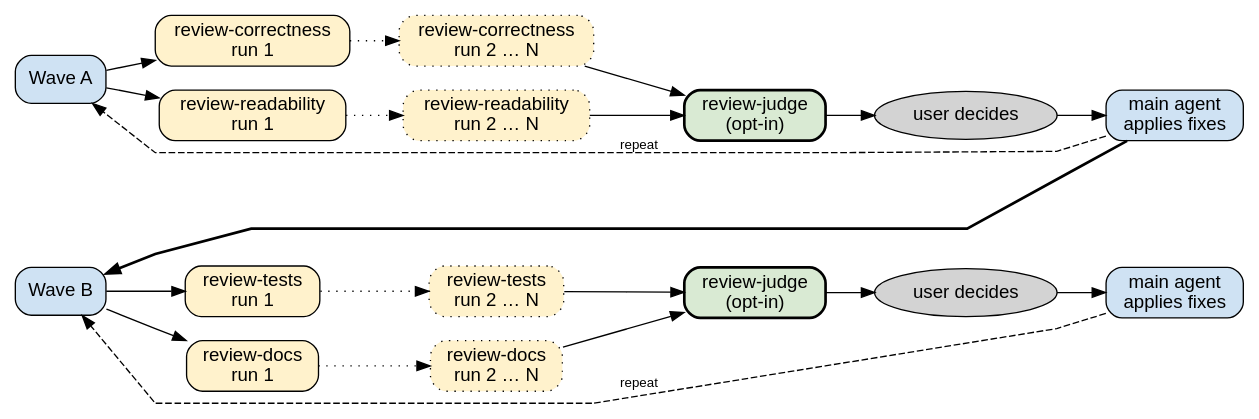
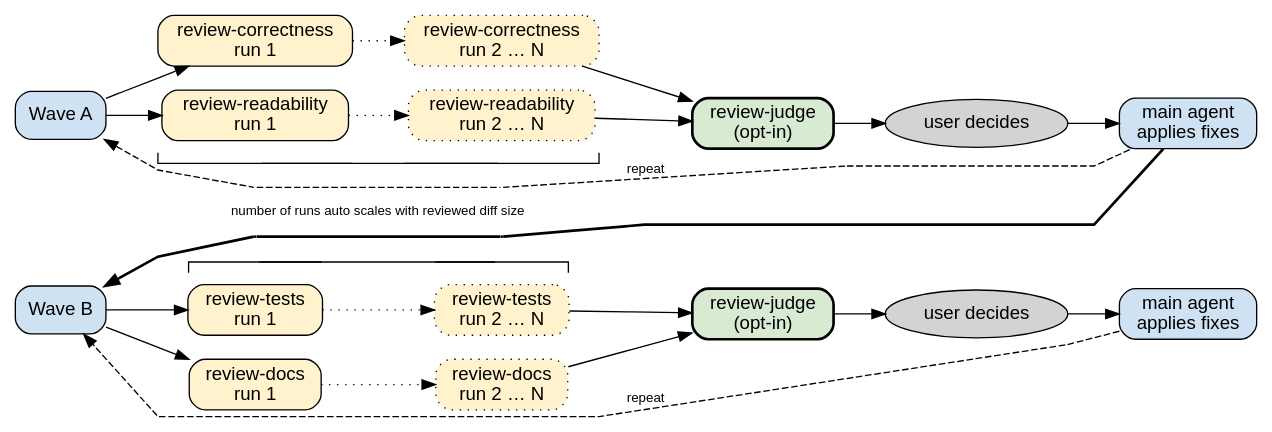
One commit to desbma/agent-skills changed the diagram in docs/review-auto-loop.dot. Above: the diagram before and after it, drawn with Graphviz. The commit also changed 1 other file, not shown here.

Commit message:
doc: update review-auto-loop schema

```diff
--- a/docs/review-auto-loop.dot
+++ b/docs/review-auto-loop.dot
@@ -1,63 +1,116 @@
 digraph review_workflow {
     rankdir=LR
     splines=polyline
+    // Ranks doubled through minlen, leaving a free rank between run columns for the note
+    ranksep=0.25
+    // Halved, so the column ordering edges space boxes as usual and hug brackets to their row
+    nodesep=0.125
     node [shape=box, style="rounded,filled", fontname="Helvetica"]
-    edge [fontname="Helvetica", fontsize=10]
+    edge [fontname="Helvetica", fontsize=10, minlen=2]
 
     // Main agent
     node [fillcolor="#cfe2f3"]
     wave_a [label="Wave A"]
     wave_b [label="Wave B"]
     apply_a [group=a, label="main agent\napplies fixes"]
     apply_b [group=b, label="main agent\napplies fixes"]
 
     // Reviewers
     node [fillcolor="#fff2cc"]
     correctness [label="review-correctness\nrun 1"]
     readability [label="review-readability\nrun 1"]
     tests [label="review-tests\nrun 1"]
     docs [label="review-docs\nrun 1"]
     node [style="rounded,filled,dotted"]
     correctness_n [label="review-correctness\nrun 2 … N"]
     readability_n [label="review-readability\nrun 2 … N"]
     tests_n [label="review-tests\nrun 2 … N"]
     docs_n [label="review-docs\nrun 2 … N"]
 
     // Judge
     node [style="rounded,filled,bold", fillcolor="#d9ead3"]
     judge_a [group=a, label="review-judge\n(opt-in)"]
     judge_b [group=b, label="review-judge\n(opt-in)"]
 
     // User
     node [shape=ellipse, style=filled, fillcolor=lightgrey]
     user_a [group=a, label="user decides"]
     user_b [group=b, label="user decides"]
 
+    // Brackets spanning the reviewer boxes of each row, one half per run column, widths matching the row's widest box
+    node [shape=plain, style=""]
+    bracket_a1 [label=<<table border="0" cellborder="1" cellspacing="0"><tr><td sides="LB" width="146" height="8"></td></tr></table>>]
+    bracket_a2 [label=<<table border="0" cellborder="1" cellspacing="0"><tr><td sides="BR" width="146" height="8"></td></tr></table>>]
+    bracket_b1 [label=<<table border="0" cellborder="1" cellspacing="0"><tr><td sides="LT" width="100" height="8"></td></tr></table>>]
+    bracket_b2 [label=<<table border="0" cellborder="1" cellspacing="0"><tr><td sides="TR" width="100" height="8"></td></tr></table>>]
+
+    // Waypoints pinning the lines crossing between the rows, and the note between them
+    node [shape=point, style=invis, width=0]
+    repeat_a1; repeat_a2; repeat_a3; note_1; note; note_2
+    // Dots as wide as the hand-off line, joining its segments
+    node [style="", width=0.028, penwidth=0, fillcolor=black]
+    handoff_1; handoff_2
+
     // One row per wave, time running left to right within a row
     {rank=same; wave_a; wave_b}
+
+    // Top to bottom order of each run column, brackets hugging their row
+    {
+        rank=same
+        edge [style=invis, minlen=1]
+        correctness -> readability
+        bracket_a1 -> repeat_a1 -> note_1 -> handoff_1 -> bracket_b1
+        tests -> docs
+        edge [minlen=0]
+        readability -> bracket_a1
+        bracket_b1 -> tests
+    }
+    {
+        rank=same
+        edge [style=invis, minlen=1]
+        correctness_n -> readability_n
+        bracket_a2 -> repeat_a2 -> note_2 -> handoff_2 -> bracket_b2
+        tests_n -> docs_n
+        edge [minlen=0]
+        readability_n -> bracket_a2
+        bracket_b2 -> tests_n
+    }
+
+    bracket_a1:se -> bracket_a2:sw [dir=none]
+    bracket_b1:ne -> bracket_b2:nw [dir=none]
+
+    // Note centered in the free rank between run columns
+    note_1 -> note [color=transparent, dir=none, minlen=1, headlabel="number of runs auto scales with reviewed diff size", labeldistance=0]
+    note -> note_2 [style=invis, minlen=1]
 
     // Wave A
     wave_a -> correctness
     wave_a -> readability
     correctness -> correctness_n [style=dotted]
     readability -> readability_n [style=dotted]
     correctness_n -> judge_a
     readability_n -> judge_a
     judge_a -> user_a
     user_a -> apply_a
-    apply_a -> wave_a [label="repeat", style=dashed, constraint=false]
+    // Repeat split at waypoints, its label landing between the run and judge columns like wave B's
+    wave_a -> repeat_a1 [style=dashed, dir=back]
+    repeat_a1 -> repeat_a2 [style=dashed, dir=none]
+    repeat_a2 -> repeat_a3 [label="repeat", style=dashed, dir=none]
+    repeat_a3 -> apply_a [style=dashed, dir=none]
 
     // Hand-off to wave B, declared reversed so dot routes it as a forward edge between the rows
-    wave_b -> apply_a [penwidth=2, dir=back]
+    wave_b -> handoff_1 [penwidth=2, dir=back]
+    handoff_1 -> handoff_2 [penwidth=2, dir=none]
+    handoff_2 -> apply_a [penwidth=2, dir=none]
 
     // Wave B
     wave_b -> tests
     wave_b -> docs
     tests -> tests_n [style=dotted]
     docs -> docs_n [style=dotted]
     tests_n -> judge_b
     docs_n -> judge_b
     judge_b -> user_b
     user_b -> apply_b
     apply_b -> wave_b [label="repeat", style=dashed, constraint=false]
 }
```
